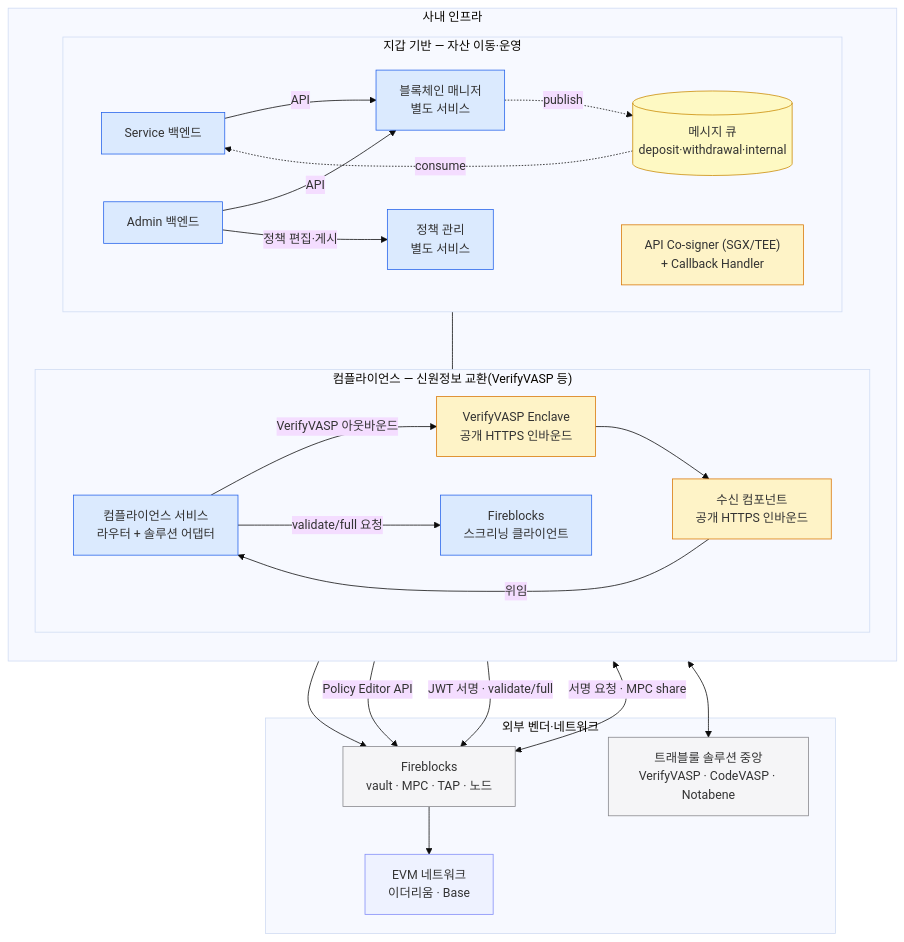
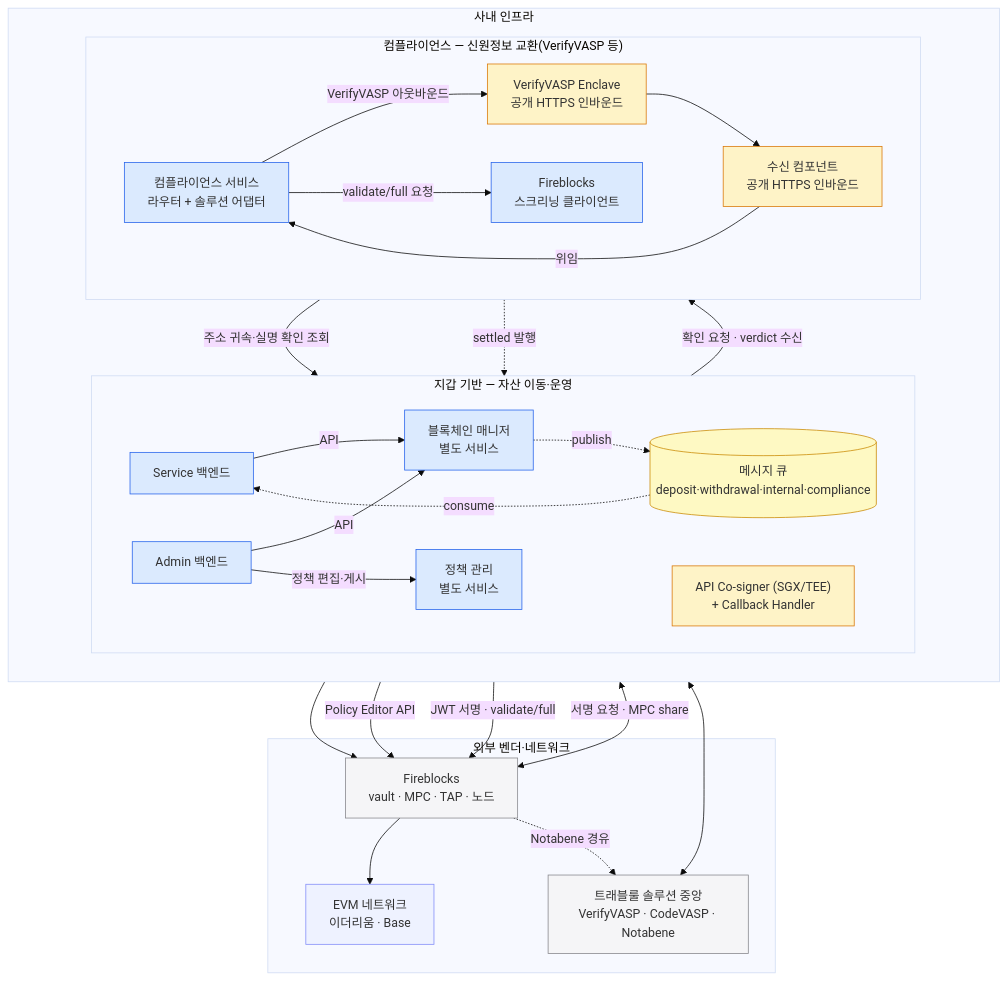
Before and after one commit to eunsujeo/eunpus: the diagram in blockchain-manager/docs/인프라/설계/00-overview.md, drawn with Mermaid (base theme). The commit also changed other lines of this file, not shown here.

Commit message:
인프라 0장 — 최근 결정 반영 (compliance 토픽·대기함 경계·settled 경로)
- 큐 토픽 4개(compliance 추가) + 그림에 settled 발행 간선
- 컴플라이언스 경계 현행화: 1차 대조는 서비스, 귀속·가용 전이는 월렛
- 저장소 표를 컴플라이언스 DB(목록·check·대기함)로, SVC↔GATE 양방향 라벨, Notabene 경유 간선

````diff
--- a/blockchain-manager/docs/인프라/설계/00-overview.md
+++ b/blockchain-manager/docs/인프라/설계/00-overview.md
@@ -11,56 +11,59 @@
 ```mermaid
 flowchart TB
   subgraph OURS["사내 인프라"]
     direction TB
     subgraph WAL["지갑 기반 — 자산 이동·운영"]
       direction LR
       SVC["Service 백엔드"]
       ADM["Admin 백엔드"]
       BM["블록체인 매니저<br/>별도 서비스"]
-      MQ[("메시지 큐<br/>deposit·withdrawal·internal")]
+      MQ[("메시지 큐<br/>deposit·withdrawal·internal·compliance")]
       PADM["정책 관리<br/>별도 서비스"]
       COS["API Co-signer (SGX/TEE)<br/>+ Callback Handler"]
     end
     subgraph TRZ["컴플라이언스 — 신원정보 교환(VerifyVASP 등)"]
       direction LR
       GATE["컴플라이언스 서비스<br/>라우터 + 솔루션 어댑터"]
       RX["수신 컴포넌트<br/>공개 HTTPS 인바운드"]
       EN["VerifyVASP Enclave<br/>공개 HTTPS 인바운드"]
       FBCLI["Fireblocks<br/>스크리닝 클라이언트"]
     end
   end
 
   subgraph EXTZ["외부 벤더·네트워크"]
     FB["Fireblocks<br/>vault · MPC · TAP · 노드"]
     EVM["EVM 네트워크<br/>이더리움 · Base"]
     TRNET["트래블룰 솔루션 중앙<br/>VerifyVASP · CodeVASP · Notabene"]
   end
 
   SVC -->|API| BM
   ADM -->|API| BM
   BM -.->|publish| MQ
   MQ -.->|consume| SVC
   ADM -->|정책 편집·게시| PADM
-  SVC --- GATE
+  SVC -->|확인 요청 · verdict 수신| GATE
+  GATE -->|주소 귀속·실명 확인 조회| SVC
+  GATE -.->|settled 발행| MQ
   GATE -->|VerifyVASP 아웃바운드| EN
   GATE -->|validate/full 요청| FBCLI
   EN --> RX
   RX -->|위임| GATE
   BM --> FB
   PADM -->|Policy Editor API| FB
   FBCLI -->|JWT 서명 · validate/full| FB
   COS <-->|서명 요청 · MPC share| FB
   FB --> EVM
+  FB -.->|Notabene 경유| TRNET
   EN <--> TRNET
 
   classDef ours fill:#dbeafe,stroke:#2563eb;
   classDef selfhost fill:#fef3c7,stroke:#d97706;
   classDef mq fill:#fef9c3,stroke:#ca8a04;
   classDef vendor fill:#f5f5f7,stroke:#86868b;
   classDef chain fill:#eef2ff,stroke:#818cf8;
   class SVC,ADM,BM,GATE,FBCLI,PADM ours
   class COS,RX,EN selfhost
   class MQ mq
   class FB,TRNET vendor
   class EVM chain
 ```
````
